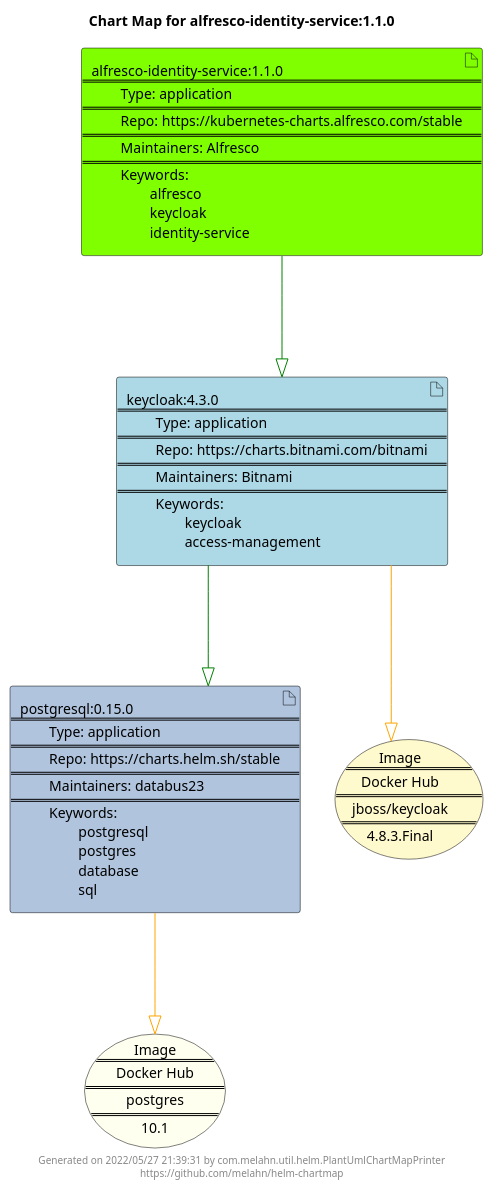
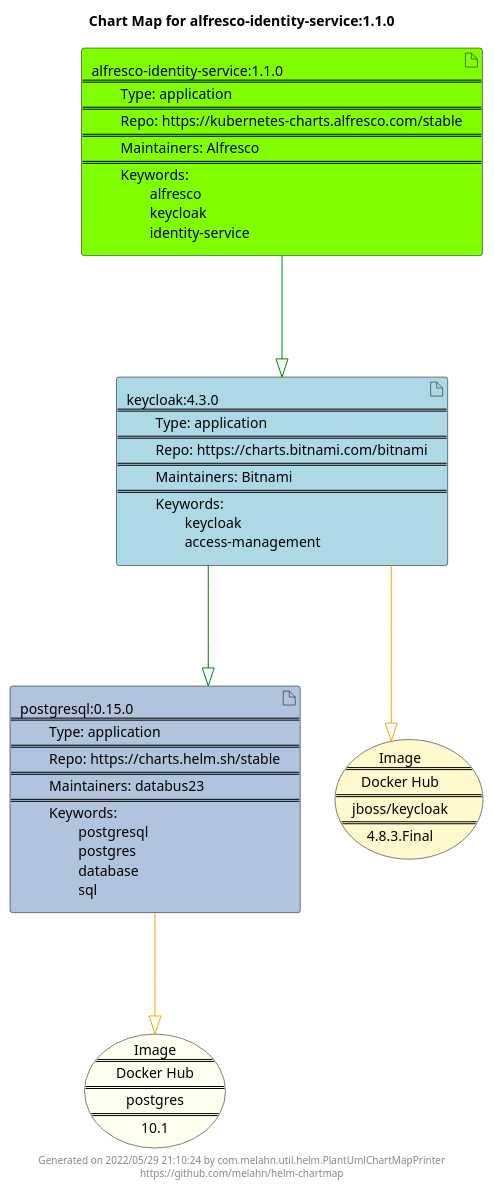
Before and after one commit to melahn/helm-chartmap: the diagram in docs/alfresco-identity-service/alfresco-identity-service-1.1.0.puml, drawn with PlantUML. The commit also changed 63 other files, not shown here.

Commit message:
Update Example Chart Maps as part of GitHub build

```diff
--- a/docs/alfresco-identity-service/alfresco-identity-service-1.1.0.puml
+++ b/docs/alfresco-identity-service/alfresco-identity-service-1.1.0.puml
@@ -1,27 +1,27 @@
 @startuml
 skinparam linetype ortho
 skinparam backgroundColor white
 skinparam usecaseBorderColor black
 skinparam usecaseArrowColor LightSlateGray
 skinparam artifactBorderColor black
 skinparam artifactArrowColor LightSlateGray
 
 title Chart Map for alfresco-identity-service:1.1.0
 
 'There are 3 referenced Helm Charts
 artifact "postgresql:0.15.0\n====\n\tType: application\n====\n\tRepo: https://charts.helm.sh/stable\n====\n\tMaintainers: databus23\n====\n\tKeywords: \n\t\tpostgresql\n\t\tpostgres\n\t\tdatabase\n\t\tsql" as postgresql_0_15_0 #LightSteelBlue
 artifact "alfresco-identity-service:1.1.0\n====\n\tType: application\n====\n\tRepo: https://kubernetes-charts.alfresco.com/stable\n====\n\tMaintainers: Alfresco\n====\n\tKeywords: \n\t\talfresco\n\t\tkeycloak\n\t\tidentity-service" as alfresco_identity_service_1_1_0 #Chartreuse
 artifact "keycloak:4.3.0\n====\n\tType: application\n====\n\tRepo: https://charts.bitnami.com/bitnami\n====\n\tMaintainers: Bitnami\n====\n\tKeywords: \n\t\tkeycloak\n\t\taccess-management" as keycloak_4_3_0 #LightBlue
 
 'There are 2 referenced Docker Images
 usecase "Image\n====\nDocker Hub\n====\npostgres\n====\n10.1" as postgres_10_1 #Ivory
 usecase "Image\n====\nDocker Hub\n====\njboss/keycloak\n====\n4.8.3.Final" as jboss_keycloak_4_8_3_Final #LemonChiffon
 
 'Chart Dependencies
 alfresco_identity_service_1_1_0--[#green]-|>keycloak_4_3_0
 keycloak_4_3_0--[#green]-|>postgresql_0_15_0
 postgresql_0_15_0--[#orange]-|>postgres_10_1
 keycloak_4_3_0--[#orange]-|>jboss_keycloak_4_8_3_Final
 
-center footer Generated on 2022/05/27 21:39:31 by com.melahn.util.helm.PlantUmlChartMapPrinter\nhttps://github.com/melahn/helm-chartmap
+center footer Generated on 2022/05/29 21:10:24 by com.melahn.util.helm.PlantUmlChartMapPrinter\nhttps://github.com/melahn/helm-chartmap
 @enduml
```
